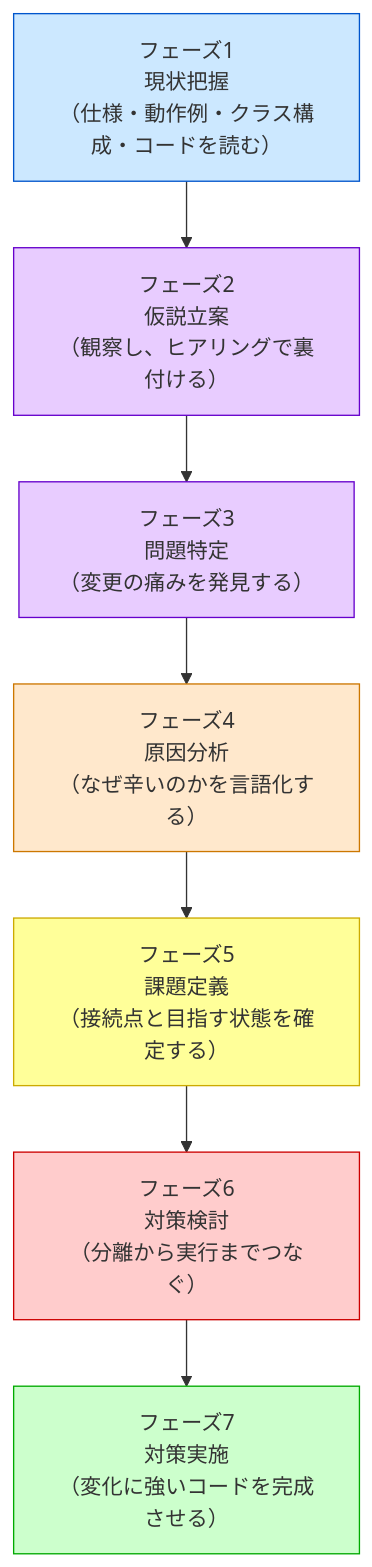
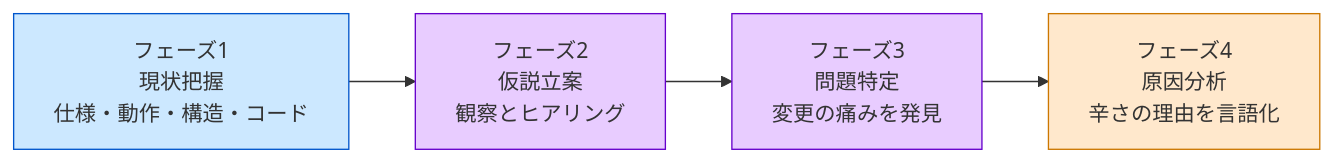
The first of 4 diagrams in kindle/design-patterns/books/volume01-core-patterns/output/02-chapter00.md (kumachan1101-pixel/DesignPattern), drawn with Mermaid before and after one commit. The commit also changed other lines of this file and 16 other files, not shown here.

Commit message:
第1冊の図とコード画像の前後関係を改善

````diff
--- a/kindle/design-patterns/books/volume01-core-patterns/output/02-chapter00.md
+++ b/kindle/design-patterns/books/volume01-core-patterns/output/02-chapter00.md
@@ -98,20 +102,13 @@
 ```mermaid
-graph TD
-    PH1["フェーズ1<br>現状把握<br>（仕様・動作例・クラス構成・コードを読む）"]
-    PH2["フェーズ2<br>仮説立案<br>（観察し、ヒアリングで裏付ける）"]
-    PH3["フェーズ3<br>問題特定<br>（変更の痛みを発見する）"]
-    PH4["フェーズ4<br>原因分析<br>（なぜ辛いのかを言語化する）"]
-    PH5["フェーズ5<br>課題定義<br>（接続点と目指す状態を確定する）"]
-    PH6["フェーズ6<br>対策検討<br>（分離から実行までつなぐ）"]
-    PH7["フェーズ7<br>対策実施<br>（変化に強いコードを完成させる）"]
-
-    PH1 --> PH2 --> PH3 --> PH4 --> PH5 --> PH6 --> PH7
+flowchart LR
+    PH1["フェーズ1<br>現状把握<br>仕様・動作・構造・コード"]
+    PH2["フェーズ2<br>仮説立案<br>観察とヒアリング"]
+    PH3["フェーズ3<br>問題特定<br>変更の痛みを発見"]
+    PH4["フェーズ4<br>原因分析<br>辛さの理由を言語化"]
+    PH1 --> PH2 --> PH3 --> PH4
 
     style PH1 fill:#cce8ff,stroke:#0055cc
     style PH2 fill:#e8ccff,stroke:#6600cc
     style PH3 fill:#e8ccff,stroke:#6600cc
     style PH4 fill:#ffe8cc,stroke:#cc7700
-    style PH5 fill:#ffff99,stroke:#ccaa00
-    style PH6 fill:#ffcccc,stroke:#cc0000
-    style PH7 fill:#ccffcc,stroke:#00aa00
 ```
````
